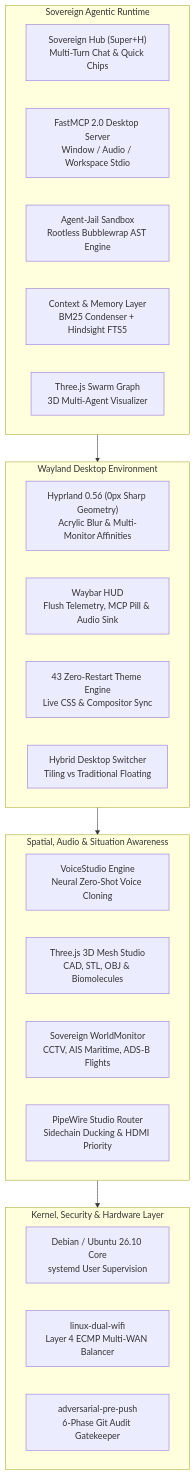
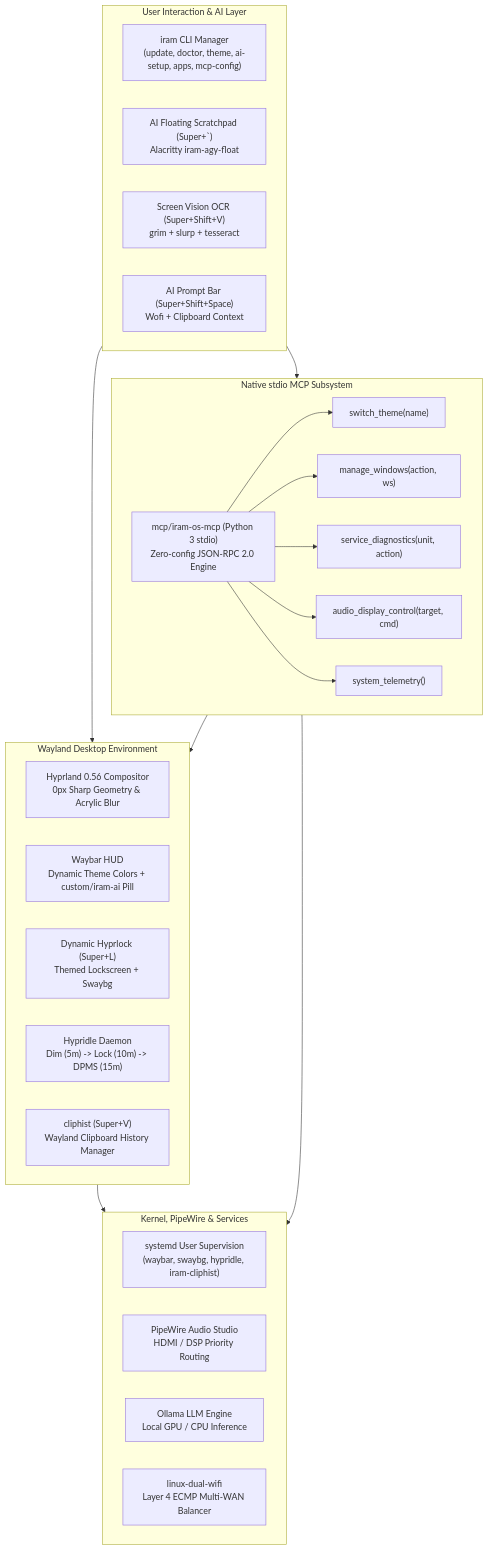
The diagram in README.md (apravint/iram-os), drawn with Mermaid before and after one commit. The commit also changed other lines of this file and 33 other files, not shown here.

First line of the commit message:
feat(release): v26.04.1 architectural upgrade, stdio MCP server, and AI session polish

````diff
--- a/README.md
+++ b/README.md
@@ -69,34 +48,44 @@
 ```mermaid
 graph TD
-    subgraph L1["Sovereign Agentic Runtime"]
-        Hub["Sovereign Hub (Super+H)<br/>Multi-Turn Chat & Quick Chips"]
-        MCP["FastMCP 2.0 Desktop Server<br/>Window / Audio / Workspace Stdio"]
-        Jail["Agent-Jail Sandbox<br/>Rootless Bubblewrap AST Engine"]
-        Mem["Context & Memory Layer<br/>BM25 Condenser + Hindsight FTS5"]
-        Swarm["Three.js Swarm Graph<br/>3D Multi-Agent Visualizer"]
+    subgraph UserSpace["User Interaction & AI Layer"]
+        CLI["iram CLI Manager<br/>(update, doctor, theme, ai-setup, apps, mcp-config)"]
+        Scratchpad["AI Floating Scratchpad (Super+`)<br/>Alacritty iram-agy-float"]
+        Vision["Screen Vision OCR (Super+Shift+V)<br/>grim + slurp + tesseract"]
+        Prompt["AI Prompt Bar (Super+Shift+Space)<br/>Wofi + Clipboard Context"]
     end
 
-    subgraph L2["Wayland Desktop Environment"]
-        Hypr["Hyprland 0.56 (0px Sharp Geometry)<br/>Acrylic Blur & Multi-Monitor Affinities"]
-        Bar["Waybar HUD<br/>Flush Telemetry, MCP Pill & Audio Sink"]
-        Themes["43 Zero-Restart Theme Engine<br/>Live CSS & Compositor Sync"]
-        Layout["Hybrid Desktop Switcher<br/>Tiling vs Traditional Floating"]
+    subgraph DesktopShell["Wayland Desktop Environment"]
+        Hypr["Hyprland 0.56 Compositor<br/>0px Sharp Geometry & Acrylic Blur"]
+        Waybar["Waybar HUD<br/>Dynamic Theme Colors + custom/iram-ai Pill"]
+        Lock["Dynamic Hyprlock (Super+L)<br/>Themed Lockscreen + Swaybg"]
+        Idle["Hypridle Daemon<br/>Dim (5m) -> Lock (10m) -> DPMS (15m)"]
+        Clip["cliphist (Super+V)<br/>Wayland Clipboard History Manager"]
     end
 
-    subgraph L3["Spatial, Audio & Situation Awareness"]
-        Voice["VoiceStudio Engine<br/>Neural Zero-Shot Voice Cloning"]
-        WebGL["Three.js 3D Mesh Studio<br/>CAD, STL, OBJ & Biomolecules"]
-        Radar["Sovereign WorldMonitor<br/>CCTV, AIS Maritime, ADS-B Flights"]
-        Pipe["PipeWire Studio Router<br/>Sidechain Ducking & HDMI Priority"]
+    subgraph NativeMCP["Native stdio MCP Subsystem"]
+        MCPServer["mcp/iram-os-mcp (Python 3 stdio)<br/>Zero-config JSON-RPC 2.0 Engine"]
+        T1["switch_theme(name)"]
+        T2["manage_windows(action, ws)"]
+        T3["service_diagnostics(unit, action)"]
+        T4["audio_display_control(target, cmd)"]
+        T5["system_telemetry()"]
+        MCPServer --> T1
+        MCPServer --> T2
+        MCPServer --> T3
+        MCPServer --> T4
+        MCPServer --> T5
     end
 
-    subgraph L4["Kernel, Security & Hardware Layer"]
-        OS["Debian / Ubuntu 26.10 Core<br/>systemd User Supervision"]
+    subgraph SystemCore["Kernel, PipeWire & Services"]
+        Systemd["systemd User Supervision<br/>(waybar, swaybg, hypridle, iram-cliphist)"]
+        PipeWire["PipeWire Audio Studio<br/>HDMI / DSP Priority Routing"]
+        Ollama["Ollama LLM Engine<br/>Local GPU / CPU Inference"]
         Net["linux-dual-wifi<br/>Layer 4 ECMP Multi-WAN Balancer"]
-        Sec["adversarial-pre-push<br/>6-Phase Git Audit Gatekeeper"]
     end
 
-    L1 --> L2
-    L2 --> L3
-    L3 --> L4
+    UserSpace --> DesktopShell
+    UserSpace --> NativeMCP
+    DesktopShell --> SystemCore
+    NativeMCP --> DesktopShell
+    NativeMCP --> SystemCore
 ```
````
